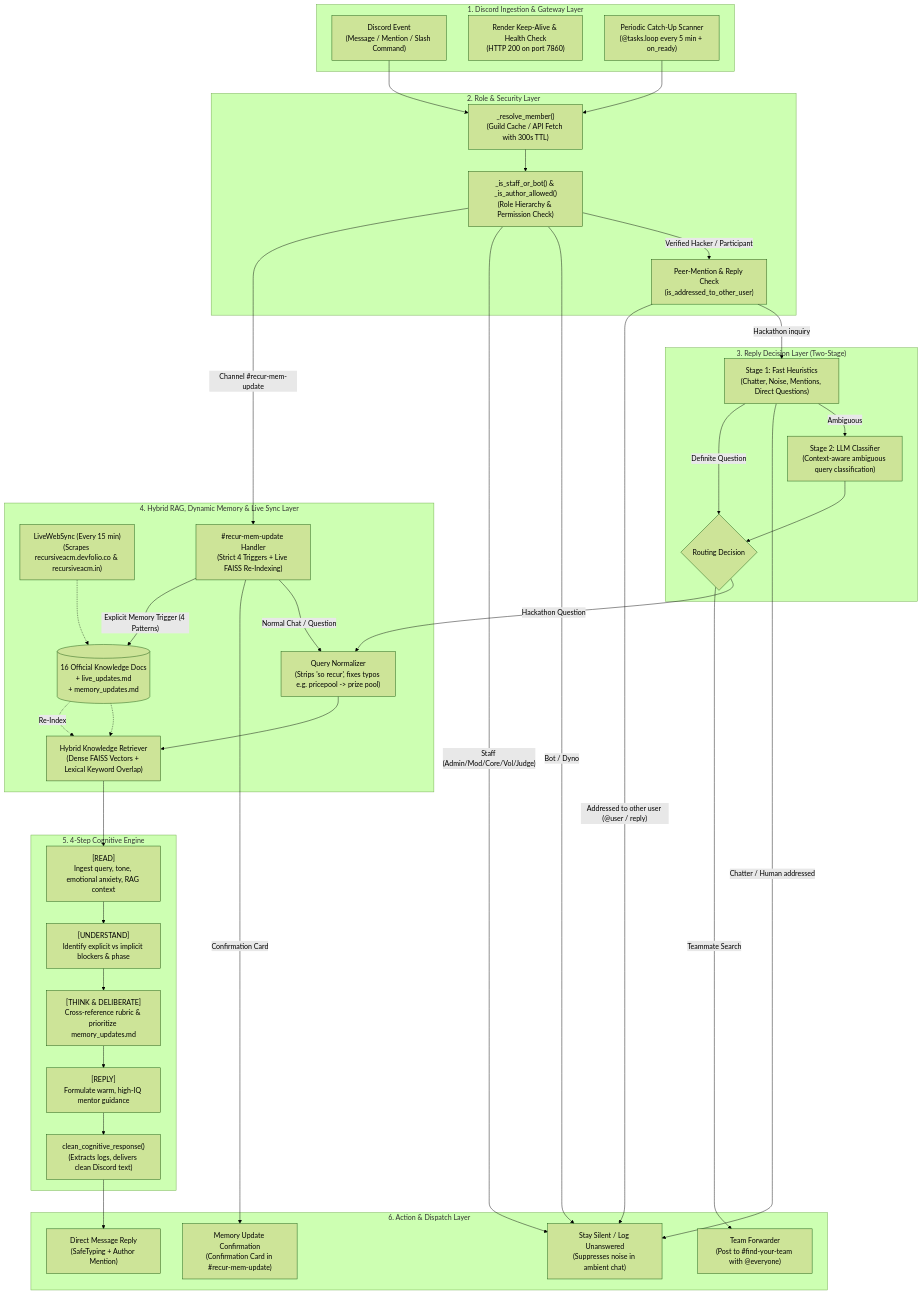
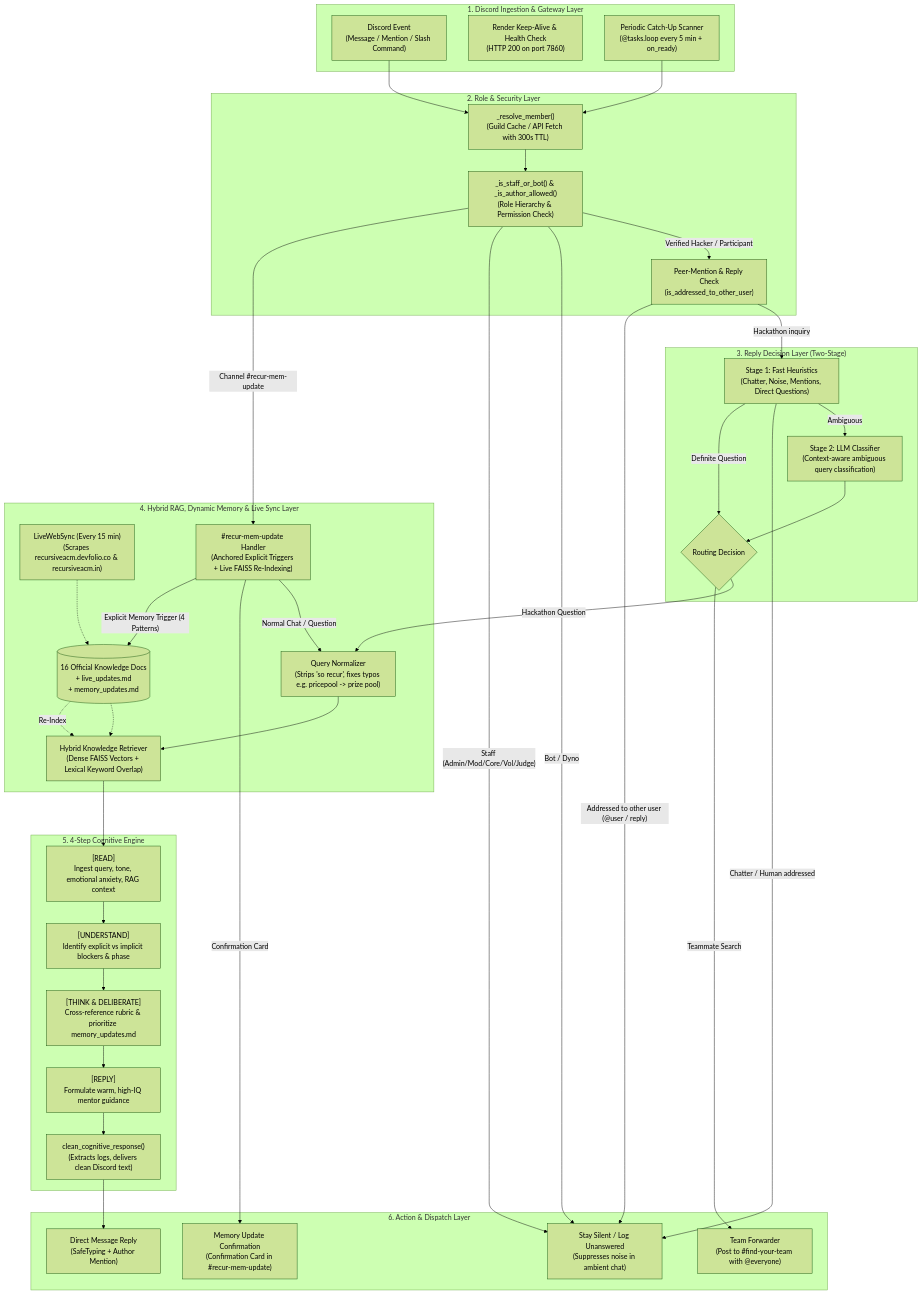
The first of 2 diagrams in docs/ARCHITECTURE.md (aryarakshit/Recur), drawn with Mermaid (forest theme) before and after one commit. The commit also changed other lines of this file and 5 other files, not shown here.

````diff
--- a/docs/ARCHITECTURE.md
+++ b/docs/ARCHITECTURE.md
@@ -12,69 +12,69 @@
 ```mermaid
 flowchart TD
     subgraph Discord_Layer["1. Discord Ingestion & Gateway Layer"]
         Event["Discord Event\n(Message / Mention / Slash Command)"]
         KeepAlive["Render Keep-Alive & Health Check\n(HTTP 200 on port 7860)"]
         Scanner["Periodic Catch-Up Scanner\n(@tasks.loop every 5 min + on_ready)"]
     end
 
     subgraph Security_Layer["2. Role & Security Layer"]
         Resolver["_resolve_member()\n(Guild Cache / API Fetch with 300s TTL)"]
         RoleFilter["_is_staff_or_bot() & _is_author_allowed()\n(Role Hierarchy & Permission Check)"]
         PeerFilter["Peer-Mention & Reply Check\n(is_addressed_to_other_user)"]
     end
 
     subgraph Decision_Layer["3. Reply Decision Layer (Two-Stage)"]
         Heuristics["Stage 1: Fast Heuristics\n(Chatter, Noise, Mentions, Direct Questions)"]
         Classifier["Stage 2: LLM Classifier\n(Context-aware ambiguous query classification)"]
         Router{"Routing Decision"}
     end
 
     subgraph RAG_Layer["4. Hybrid RAG, Dynamic Memory & Live Sync Layer"]
         Normalizer["Query Normalizer\n(Strips 'so recur', fixes typos e.g. pricepool -> prize pool)"]
         Retriever["Hybrid Knowledge Retriever\n(Dense FAISS Vectors + Lexical Keyword Overlap)"]
         LiveSync["LiveWebSync (Every 15 min)\n(Scrapes recursiveacm.devfolio.co & recursiveacm.in)"]
-        MemUpdate["#recur-mem-update Handler\n(Strict 4 Triggers + Live FAISS Re-Indexing)"]
+        MemUpdate["#recur-mem-update Handler\n(Anchored Explicit Triggers + Live FAISS Re-Indexing)"]
         KnowledgeBase[("16 Official Knowledge Docs\n+ live_updates.md\n+ memory_updates.md")]
     end
 
     subgraph Cognitive_Layer["5. 4-Step Cognitive Engine"]
         Read["[READ]\nIngest query, tone, emotional anxiety, RAG context"]
         Understand["[UNDERSTAND]\nIdentify explicit vs implicit blockers & phase"]
         Think["[THINK & DELIBERATE]\nCross-reference rubric & prioritize memory_updates.md"]
         Reply["[REPLY]\nFormulate warm, high-IQ mentor guidance"]
         Cleaner["clean_cognitive_response()\n(Extracts logs, delivers clean Discord text)"]
     end
 
     subgraph Output_Layer["6. Action & Dispatch Layer"]
         SendReply["Direct Message Reply\n(SafeTyping + Author Mention)"]
         ForwardTeam["Team Forwarder\n(Post to #find-your-team with @everyone)"]
         MemConfirm["Memory Update Confirmation\n(Confirmation Card in #recur-mem-update)"]
         Silent["Stay Silent / Log Unanswered\n(Suppresses noise in ambient chat)"]
     end
 
     Event --> Resolver
     Scanner --> Resolver
     Resolver --> RoleFilter
     RoleFilter -- "Channel #recur-mem-update" --> MemUpdate
     RoleFilter -- "Staff (Admin/Mod/Core/Vol/Judge)" --> Silent
     RoleFilter -- "Bot / Dyno" --> Silent
     RoleFilter -- "Verified Hacker / Participant" --> PeerFilter
 
     MemUpdate -- "Explicit Memory Trigger (4 Patterns)" --> KnowledgeBase
     KnowledgeBase -. Re-Index .-> Retriever
     MemUpdate -- "Confirmation Card" --> MemConfirm
     MemUpdate -- "Normal Chat / Question" --> Normalizer
 
     PeerFilter -- "Addressed to other user (@user / reply)" --> Silent
     PeerFilter -- "Hackathon inquiry" --> Heuristics
 
     Heuristics -- "Definite Question" --> Router
     Heuristics -- "Chatter / Human addressed" --> Silent
     Heuristics -- "Ambiguous" --> Classifier --> Router
 
     Router -- "Teammate Search" --> ForwardTeam
     Router -- "Hackathon Question" --> Normalizer
     Normalizer --> Retriever
     LiveSync -.-> KnowledgeBase -.-> Retriever
     Retriever --> Read --> Understand --> Think --> Reply --> Cleaner --> SendReply
 ```
````
